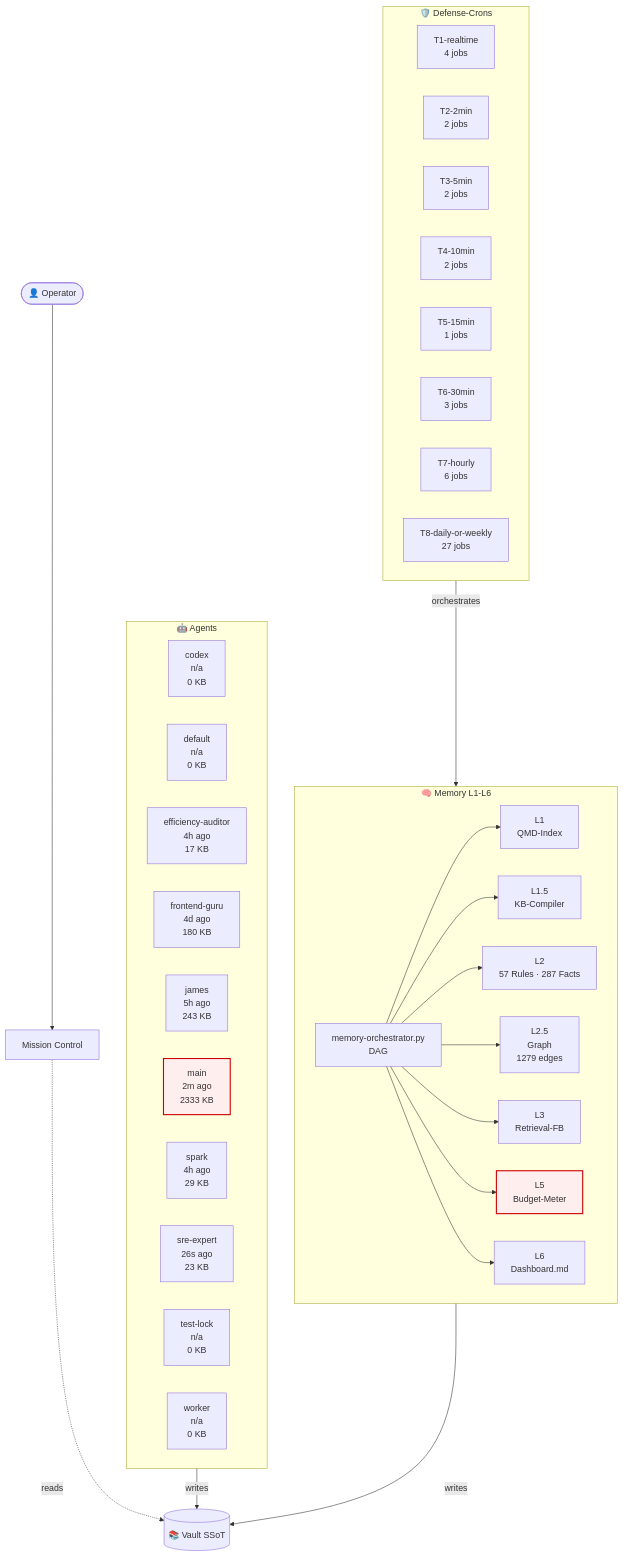
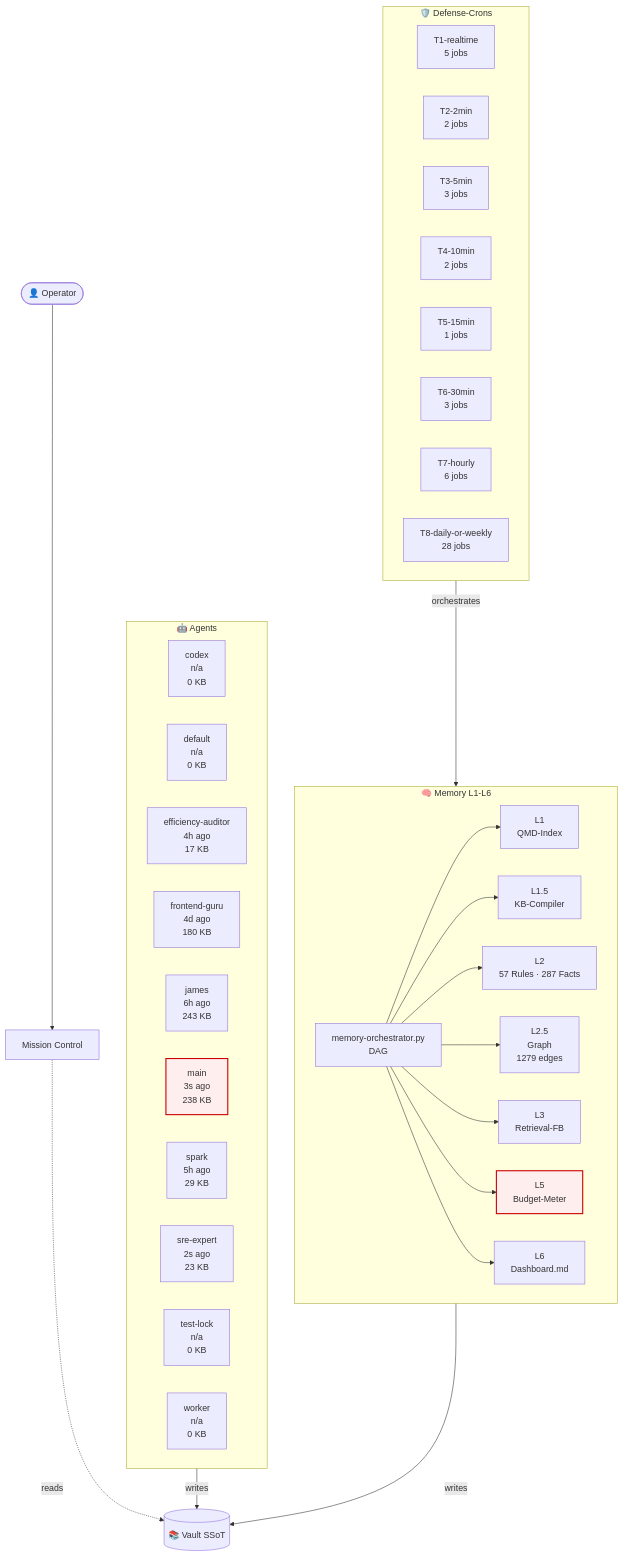
One commit to lenardhuebner88-rgb/openclaw-memory changed the diagram in 03-Agents/architecture-live.md. Above: the diagram before and after it, drawn with Mermaid. The commit also changed other lines of this file and 23 other files, not shown here.

````diff
--- a/03-Agents/architecture-live.md
+++ b/03-Agents/architecture-live.md
@@ -18,53 +18,53 @@
 ```mermaid
 flowchart TB
     classDef critical fill:#fee,stroke:#c00,stroke-width:2px;
     subgraph AGT["🤖 Agents"]
         agent_codex["codex<br/>n/a<br/>0 KB"]
         agent_default["default<br/>n/a<br/>0 KB"]
         agent_efficiency_auditor["efficiency-auditor<br/>4h ago<br/>17 KB"]
         agent_frontend_guru["frontend-guru<br/>4d ago<br/>180 KB"]
-        agent_james["james<br/>5h ago<br/>243 KB"]
-        agent_main["main<br/>2m ago<br/>2333 KB"]
-        agent_spark["spark<br/>4h ago<br/>29 KB"]
-        agent_sre_expert["sre-expert<br/>26s ago<br/>23 KB"]
+        agent_james["james<br/>6h ago<br/>243 KB"]
+        agent_main["main<br/>3s ago<br/>238 KB"]
+        agent_spark["spark<br/>5h ago<br/>29 KB"]
+        agent_sre_expert["sre-expert<br/>2s ago<br/>23 KB"]
         agent_test_lock["test-lock<br/>n/a<br/>0 KB"]
         agent_worker["worker<br/>n/a<br/>0 KB"]
     end
     subgraph MEM["🧠 Memory L1-L6"]
         L1["L1<br/>QMD-Index"]
         L15["L1.5<br/>KB-Compiler"]
         L2["L2<br/>57 Rules · 287 Facts"]
         L25["L2.5<br/>Graph<br/>1279 edges"]
         L3["L3<br/>Retrieval-FB"]
         L5["L5<br/>Budget-Meter"]
         L6["L6<br/>Dashboard.md"]
         ORCH["memory-orchestrator.py<br/>DAG"]
     end
     subgraph CRN["🛡️ Defense-Crons"]
-        tier_T1_realtime["T1-realtime<br/>4 jobs"]
+        tier_T1_realtime["T1-realtime<br/>5 jobs"]
         tier_T2_2min["T2-2min<br/>2 jobs"]
-        tier_T3_5min["T3-5min<br/>2 jobs"]
+        tier_T3_5min["T3-5min<br/>3 jobs"]
         tier_T4_10min["T4-10min<br/>2 jobs"]
         tier_T5_15min["T5-15min<br/>1 jobs"]
         tier_T6_30min["T6-30min<br/>3 jobs"]
         tier_T7_hourly["T7-hourly<br/>6 jobs"]
-        tier_T8_daily_or_weekly["T8-daily-or-weekly<br/>27 jobs"]
+        tier_T8_daily_or_weekly["T8-daily-or-weekly<br/>28 jobs"]
     end
     VAULT[("📚 Vault SSoT")]
     OP([👤 Operator])
     MC["Mission Control"]
     OP --> MC
     MC -.reads.-> VAULT
     AGT -->|writes| VAULT
     MEM -->|writes| VAULT
     ORCH --> L1
     ORCH --> L15
     ORCH --> L2
     ORCH --> L25
     ORCH --> L3
     ORCH --> L5
     ORCH --> L6
     CRN -->|orchestrates| MEM
     class L5 critical
     class agent_main critical
 ```
````
